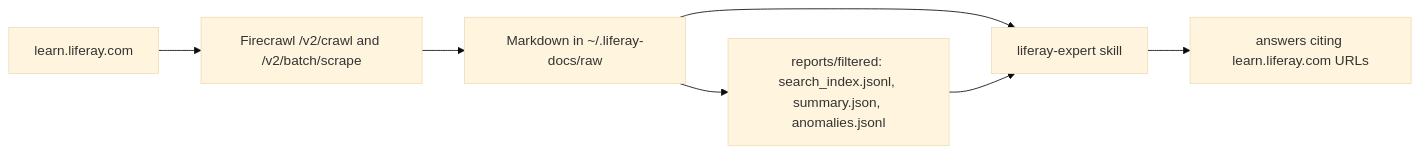
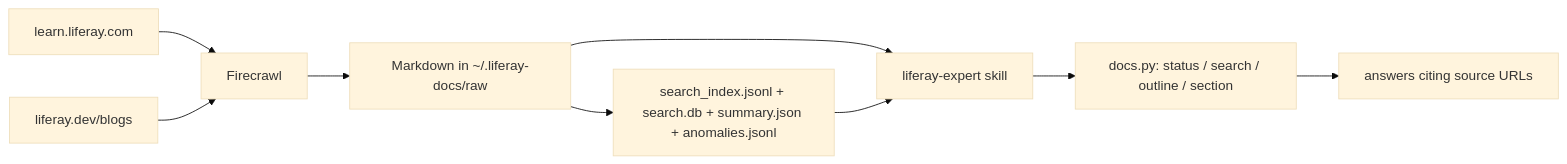
The diagram in README.md (wsyski/liferay-context-builder), drawn with Mermaid (base theme) before and after one commit. The commit also changed other lines of this file, not shown here.

First line of the commit message:
docs: document the crawler, sources, search and design decisions; add TODO

````diff
--- a/README.md
+++ b/README.md
@@ -66,9 +70,11 @@
 ```mermaid
 flowchart LR
-  A[learn.liferay.com] --> B[Firecrawl /v2/crawl and /v2/batch/scrape]
+  A[learn.liferay.com] --> B[Firecrawl]
+  A2[liferay.dev/blogs] --> B
   B --> C[Markdown in ~/.liferay-docs/raw]
-  C --> D[reports/filtered: search_index.jsonl, summary.json, anomalies.jsonl]
+  C --> D[search_index.jsonl + search.db + summary.json + anomalies.jsonl]
   C --> E[liferay-expert skill]
   D --> E
-  E --> F[answers citing learn.liferay.com URLs]
+  E --> F[docs.py: status / search / outline / section]
+  F --> G[answers citing source URLs]
 ```
````
